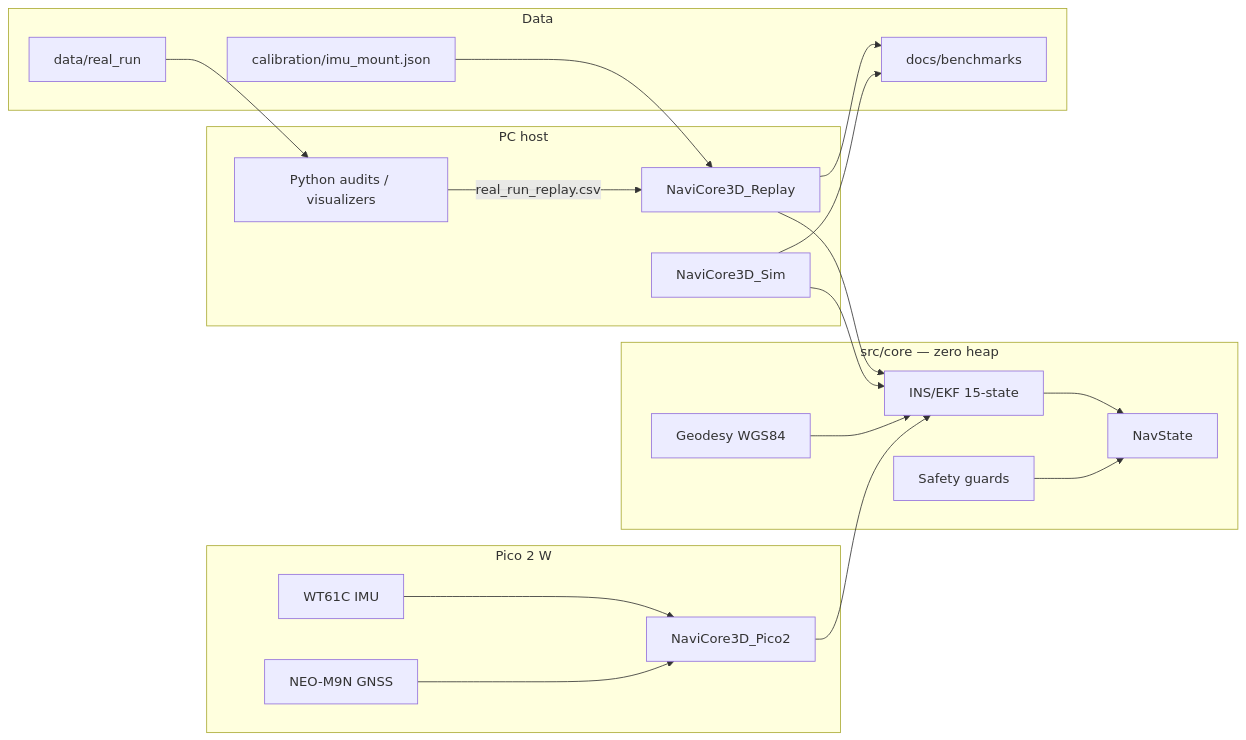
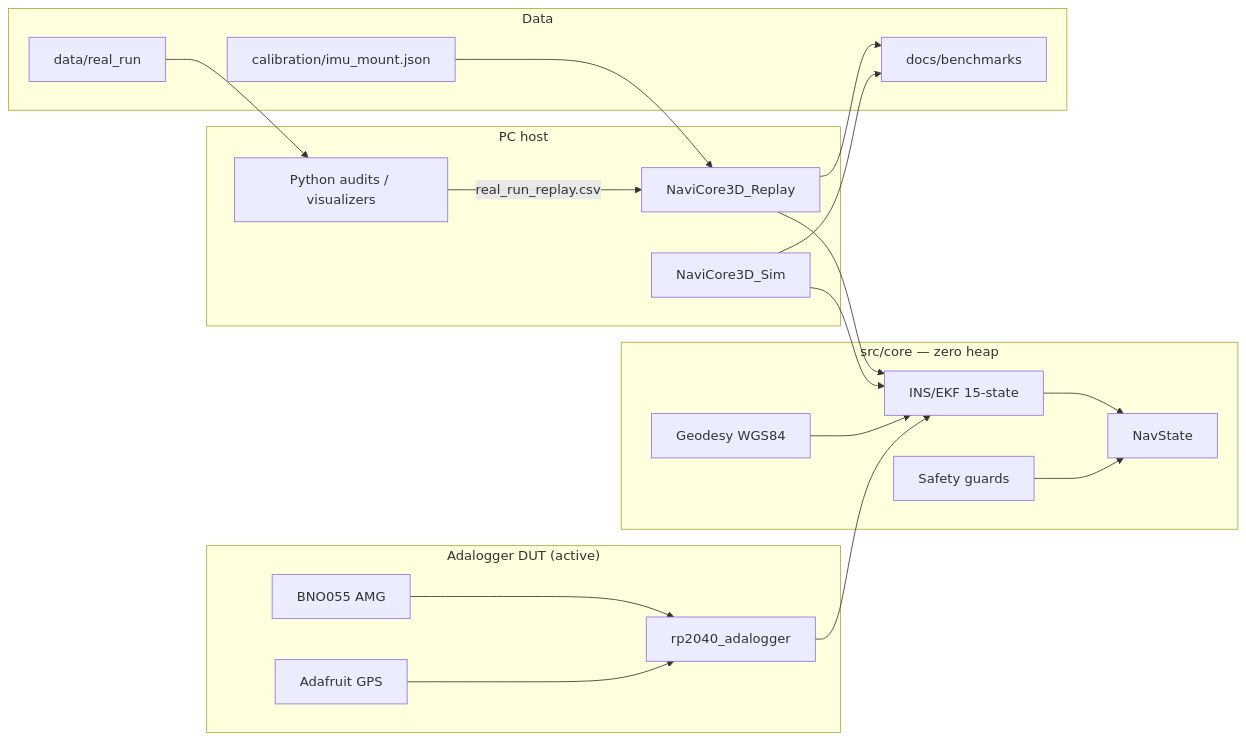
One commit to Juanki58/NaviCore-3D changed the diagram in README.md. Above: the diagram before and after it, drawn with Mermaid.

Commit message:
Point README architecture diagram at Adalogger DUT.

````diff
--- a/README.md
+++ b/README.md
@@ -692,38 +692,38 @@
 ```mermaid
 flowchart LR
     subgraph Host["PC host"]
         SIM[NaviCore3D_Sim]
         REPLAY[NaviCore3D_Replay]
         PY[Python audits / visualizers]
     end
     subgraph Core["src/core — zero heap"]
         EKF[INS/EKF 15-state]
         GEO[Geodesy WGS84]
         NS[NavState]
         GUARDS[Safety guards]
     end
     subgraph Data["Data"]
         RR[data/real_run]
         CAL[calibration/imu_mount.json]
         CSV[docs/benchmarks]
     end
-    subgraph Embedded["Pico 2 W"]
-        PICO[NaviCore3D_Pico2]
-        IMU[WT61C IMU]
-        GNSS[NEO-M9N GNSS]
+    subgraph Embedded["Adalogger DUT (active)"]
+        PICO[rp2040_adalogger]
+        IMU[BNO055 AMG]
+        GNSS[Adafruit GPS]
     end
 
     RR --> PY
     PY -->|real_run_replay.csv| REPLAY
     CAL --> REPLAY
     REPLAY --> EKF
     SIM --> EKF
     EKF --> NS
     GEO --> EKF
     GUARDS --> NS
     REPLAY --> CSV
     SIM --> CSV
     IMU --> PICO
     GNSS --> PICO
     PICO --> EKF
 ```
````
